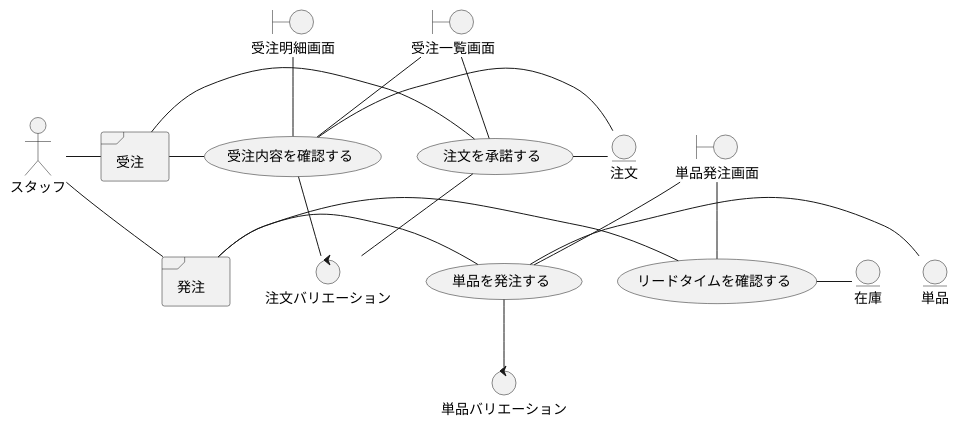
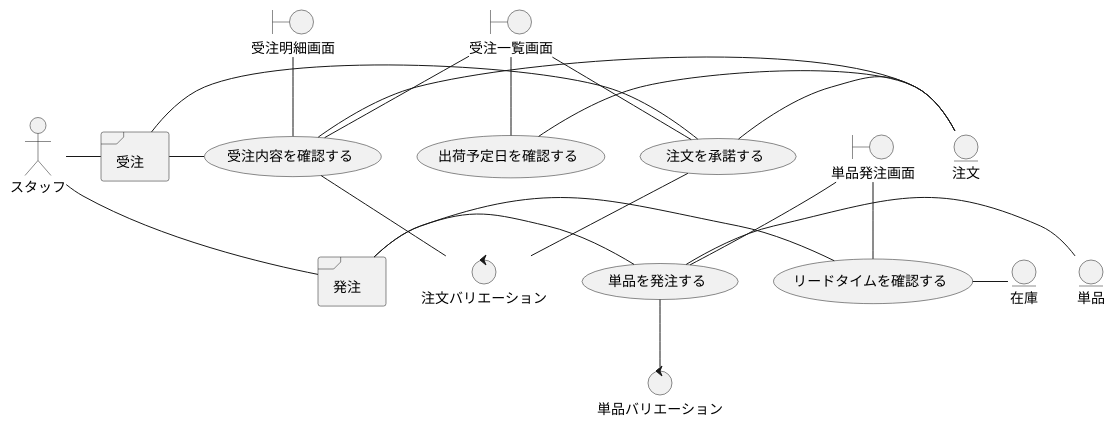
Before and after one commit to k2works/application_programing_excercise_2022: diagram 24 of 57 in docs/index.adoc, drawn with PlantUML. The commit also changed other lines of this file, not shown here.

```diff
--- a/docs/index.adoc
+++ b/docs/index.adoc
@@ -857,38 +865,41 @@
 [plantuml]
 ----
 @startuml
 actor "スタッフ" as ac_01
 frame "受注" as f01
 frame "発注" as f02
 usecase "受注内容を確認する" as UC1
 usecase "注文を承諾する" as UC2
 usecase "単品を発注する" as UC3
 usecase "リードタイムを確認する" as UC4
+usecase "出荷予定日を確認する" as UC5
 boundary "受注一覧画面" as b01
 boundary "受注明細画面" as b02
 boundary "単品発注画面" as b03
 entity "注文" as e01
 entity "在庫" as e02
 entity "単品" as e03
 control "注文バリエーション" as c01
 control "単品バリエーション" as c02
 
 ac_01 - f01
 ac_01 -- f02
 f01 - UC1
 f01 - UC2
 f02 - UC3
 f02 - UC4
 b01 -- UC1
-b02-- UC1
+b02 -- UC1
 b01 -- UC2
 b03 -- UC3
 b03 -- UC4
+b01 -- UC5
 UC1 - e01
 UC2 - e01
 UC3 - e03
 UC4 - e02
+UC5 - e01
 UC1 -- c01
 UC2 -- c01
 UC3 -- c02
 ----
```
